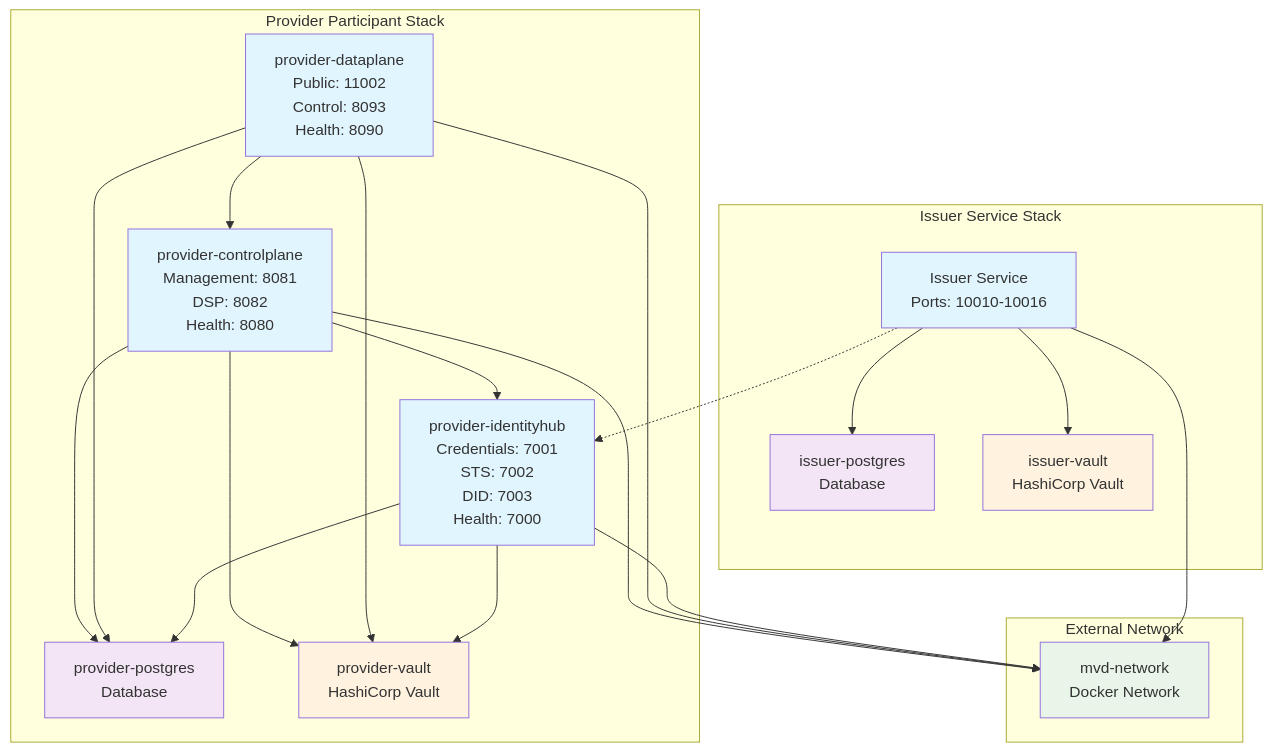
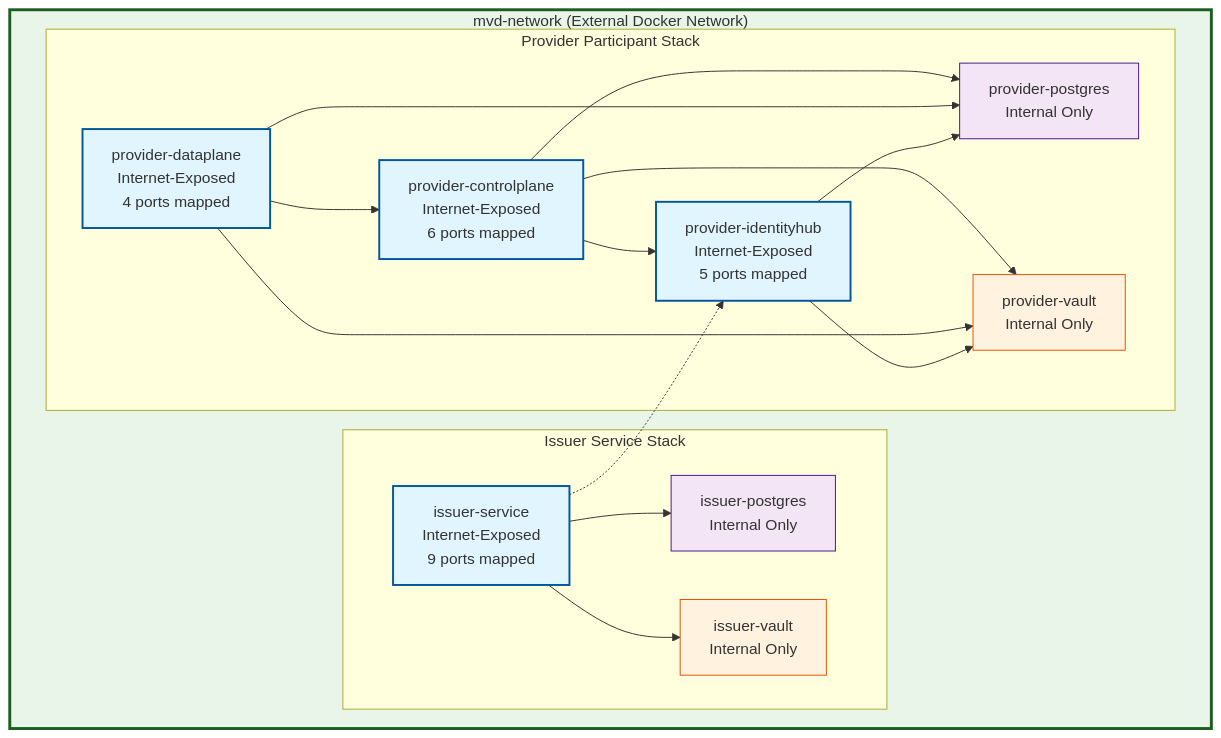
The first of 4 diagrams in README.md (fundacionctic/edc-mvd-deploy-kit), drawn with Mermaid before and after one commit.

Commit message:
📝 Update README with refined network topology diagram

````diff
--- a/README.md
+++ b/README.md
@@ -129,49 +129,44 @@
 ```mermaid
 graph TB
-    subgraph ISS["Issuer Service Stack"]
-        IS["Issuer Service<br/>Ports: 10010-10016"]
-        IDB["issuer-postgres<br/>Database"]
-        IV["issuer-vault<br/>HashiCorp Vault"]
+    subgraph NET["mvd-network (External Docker Network)"]
+        subgraph ISS["Issuer Service Stack"]
+            IS["issuer-service<br/>Internet-Exposed<br/>9 ports mapped"]
+            IDB["issuer-postgres<br/>Internal Only"]
+            IV["issuer-vault<br/>Internal Only"]
+            
+            IS --> IDB
+            IS --> IV
+        end
         
-        IS --> IDB
-        IS --> IV
+        subgraph PSS["Provider Participant Stack"]
+            PCP["provider-controlplane<br/>Internet-Exposed<br/>6 ports mapped"]
+            PDP["provider-dataplane<br/>Internet-Exposed<br/>4 ports mapped"]
+            PIH["provider-identityhub<br/>Internet-Exposed<br/>5 ports mapped"]
+            
+            PDB["provider-postgres<br/>Internal Only"]
+            PV["provider-vault<br/>Internal Only"]
+            
+            PCP --> PDB
+            PCP --> PV
+            PCP --> PIH
+            PDP --> PDB
+            PDP --> PV
+            PDP --> PCP
+            PIH --> PDB
+            PIH --> PV
+        end
+        
+        %% Cross-stack communication
+        IS -.-> PIH
     end
     
-    subgraph PSS["Provider Participant Stack"]
-        PCP["provider-controlplane<br/>Management: 8081<br/>DSP: 8082<br/>Health: 8080"]
-        PDP["provider-dataplane<br/>Public: 11002<br/>Control: 8093<br/>Health: 8090"]
-        PIH["provider-identityhub<br/>Credentials: 7001<br/>STS: 7002<br/>DID: 7003<br/>Health: 7000"]
-        
-        PDB["provider-postgres<br/>Database"]
-        PV["provider-vault<br/>HashiCorp Vault"]
-        
-        PCP --> PDB
-        PCP --> PV
-        PCP --> PIH
-        PDP --> PDB
-        PDP --> PV
-        PDP --> PCP
-        PIH --> PDB
-        PIH --> PV
-    end
+    classDef internetExposed fill:#e1f5fe,stroke:#01579b,stroke-width:2px
+    classDef internal fill:#f3e5f5,stroke:#4a148c,stroke-width:1px
+    classDef vault fill:#fff3e0,stroke:#e65100,stroke-width:1px
+    classDef network fill:#e8f5e8,stroke:#1b5e20,stroke-width:3px
     
-    subgraph NET_GROUP["External Network"]
-        NET["mvd-network<br/>Docker Network"]
-    end
-    
-    IS -.-> PIH
-    IS --> NET
-    PCP --> NET
-    PDP --> NET
-    PIH --> NET
-    
-    classDef service fill:#e1f5fe
-    classDef database fill:#f3e5f5
-    classDef vault fill:#fff3e0
-    classDef network fill:#e8f5e8
-    
-    class IS,PCP,PDP,PIH service
-    class IDB,PDB database
+    class IS,PCP,PDP,PIH internetExposed
+    class IDB,PDB internal
     class IV,PV vault
     class NET network
 ```
````
